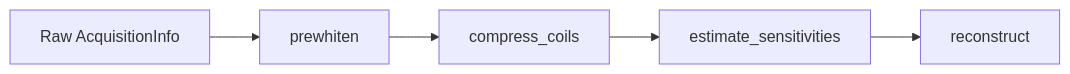
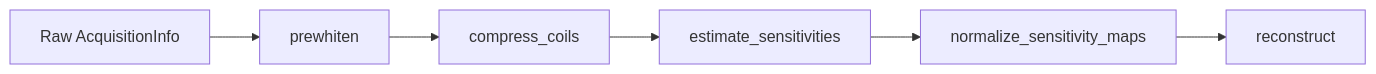
Before and after one commit to hakkelt/MriReconstructionToolbox.jl: the diagram in docs/src/high-level/preprocessing.md, drawn with Mermaid. The commit also changed other lines of this file and 7 other files, not shown here.

````diff
--- a/docs/src/high-level/preprocessing.md
+++ b/docs/src/high-level/preprocessing.md
@@ -6,7 +6,8 @@
 ```mermaid
 graph LR
     Raw[Raw AcquisitionInfo] --> Prewhiten[prewhiten]
     Prewhiten --> Compress[compress_coils]
     Compress --> Sens[estimate_sensitivities]
-    Sens --> Recon[reconstruct]
+    Sens --> Norm[normalize_sensitivity_maps]
+    Norm --> Recon[reconstruct]
 ```
````
